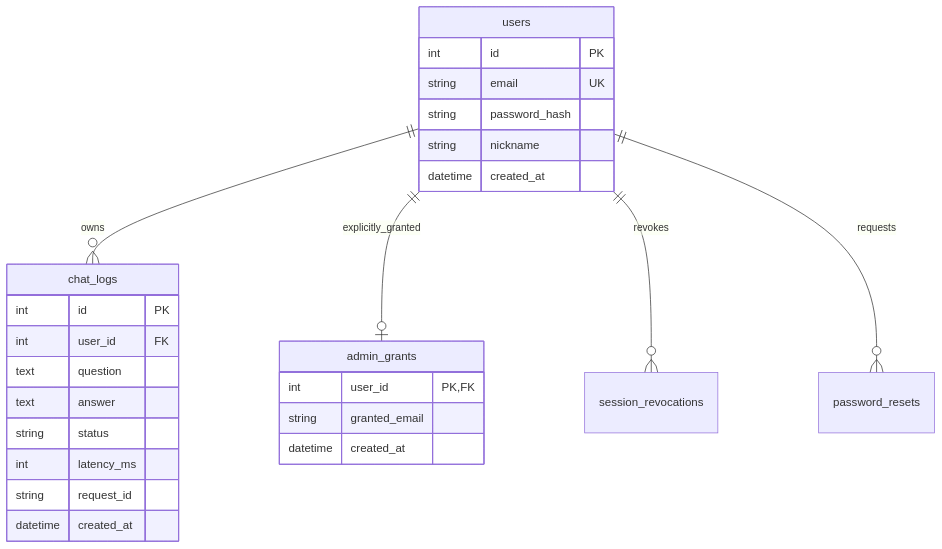
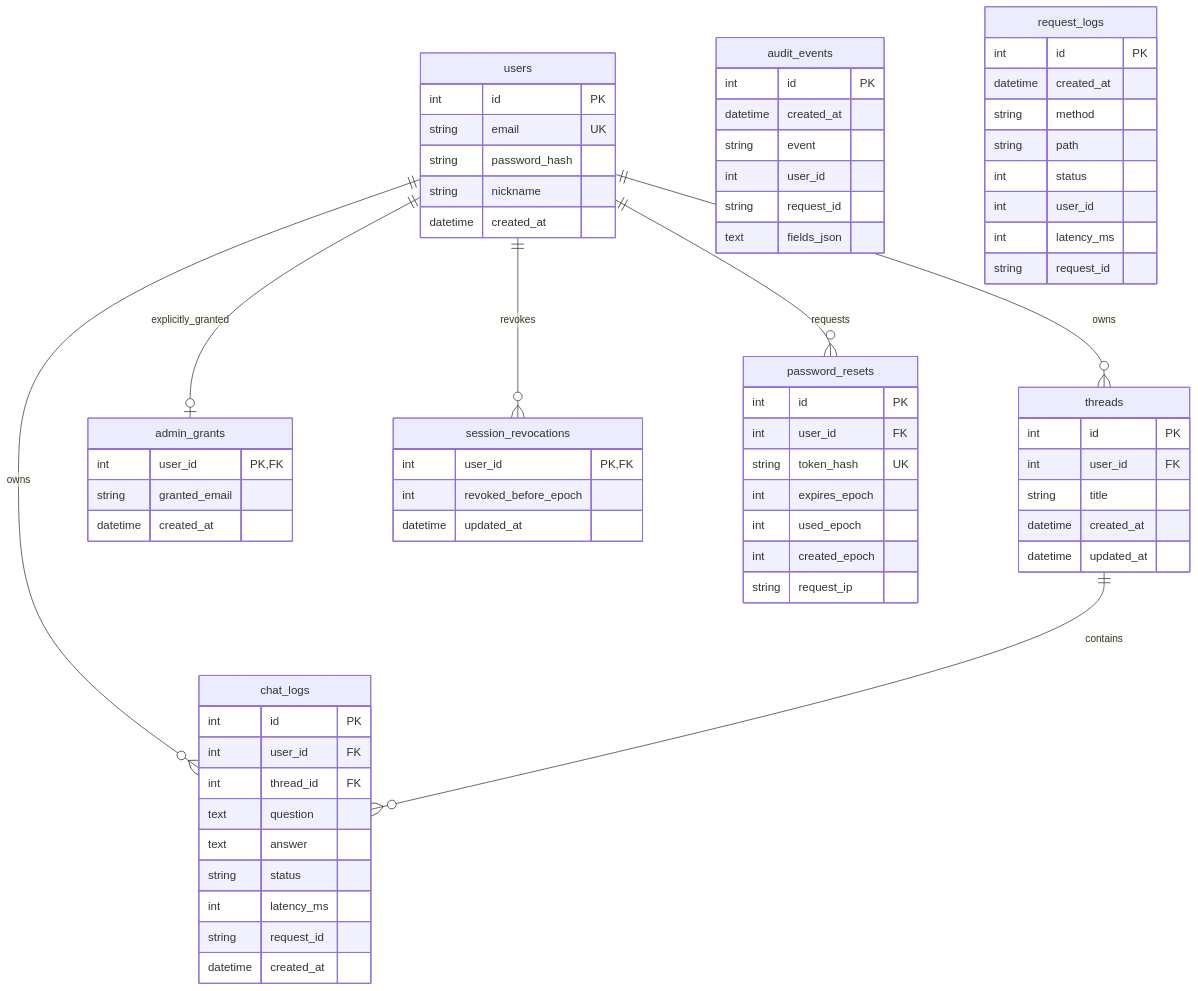
Before and after one commit to codyssey-term-mission-B7-1/ai-chatbot-service: the second of 2 diagrams in README.md, drawn with Mermaid. The commit also changed other lines of this file and 5 other files, not shown here.

Commit message:
docs: README 및 연계 문서 전면 현행화 (DB ERD·아키텍처·API·감사 이벤트 동기화) (#215)

````diff
--- a/README.md
+++ b/README.md
@@ -110,23 +127,55 @@
 ```mermaid
 erDiagram
+  users ||--o{ threads : owns
   users ||--o{ chat_logs : owns
+  threads ||--o{ chat_logs : contains
   users ||--o| admin_grants : explicitly_granted
   users ||--o{ session_revocations : revokes
   users ||--o{ password_resets : requests
   users { int id PK
     string email UK
     string password_hash
     string nickname
     datetime created_at }
+  threads { int id PK
+    int user_id FK
+    string title
+    datetime created_at
+    datetime updated_at }
   chat_logs { int id PK
     int user_id FK
+    int thread_id FK
     text question
     text answer
     string status
     int latency_ms
     string request_id
     datetime created_at }
   admin_grants { int user_id PK,FK
     string granted_email
     datetime created_at }
+  session_revocations { int user_id PK,FK
+    int revoked_before_epoch
+    datetime updated_at }
+  password_resets { int id PK
+    int user_id FK
+    string token_hash UK
+    int expires_epoch
+    int used_epoch
+    int created_epoch
+    string request_ip }
+  audit_events { int id PK
+    datetime created_at
+    string event
+    int user_id
+    string request_id
+    text fields_json }
+  request_logs { int id PK
+    datetime created_at
+    string method
+    string path
+    int status
+    int user_id
+    int latency_ms
+    string request_id }
 ```
````
